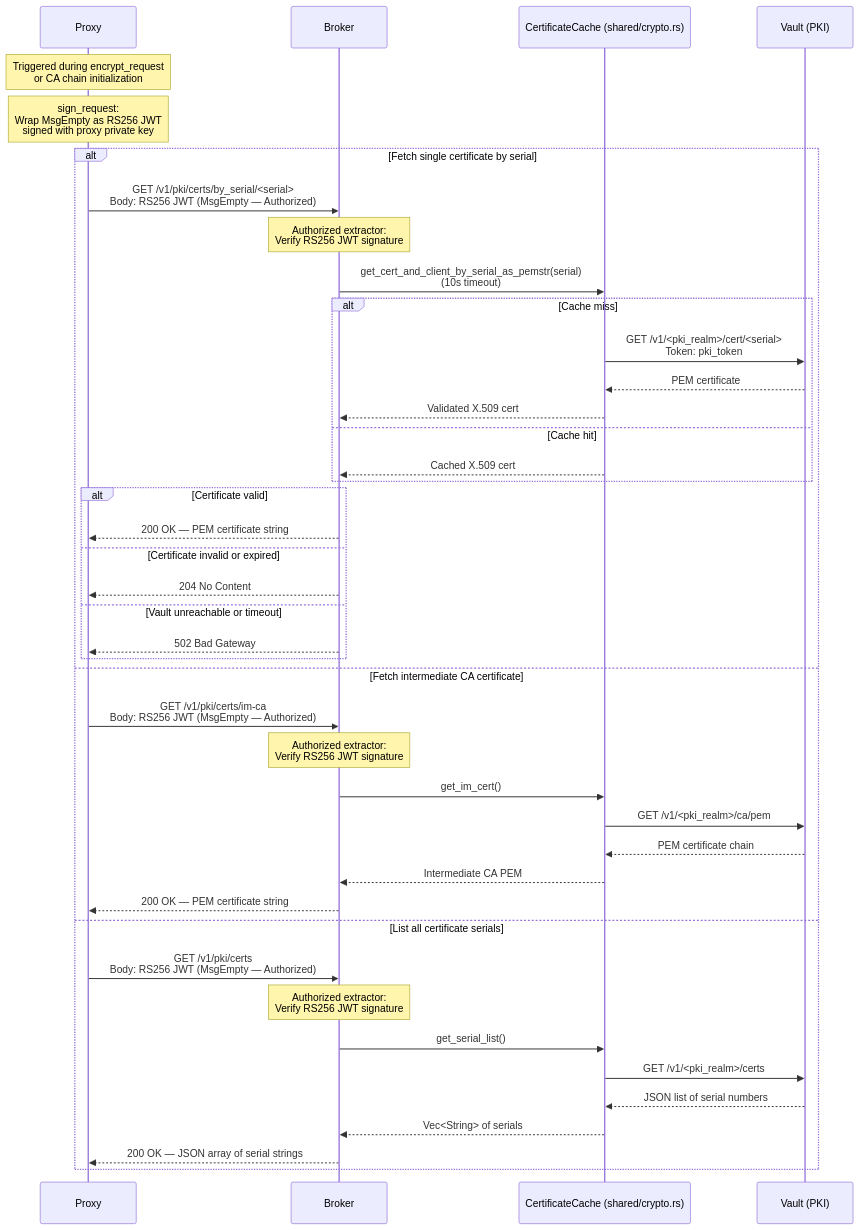
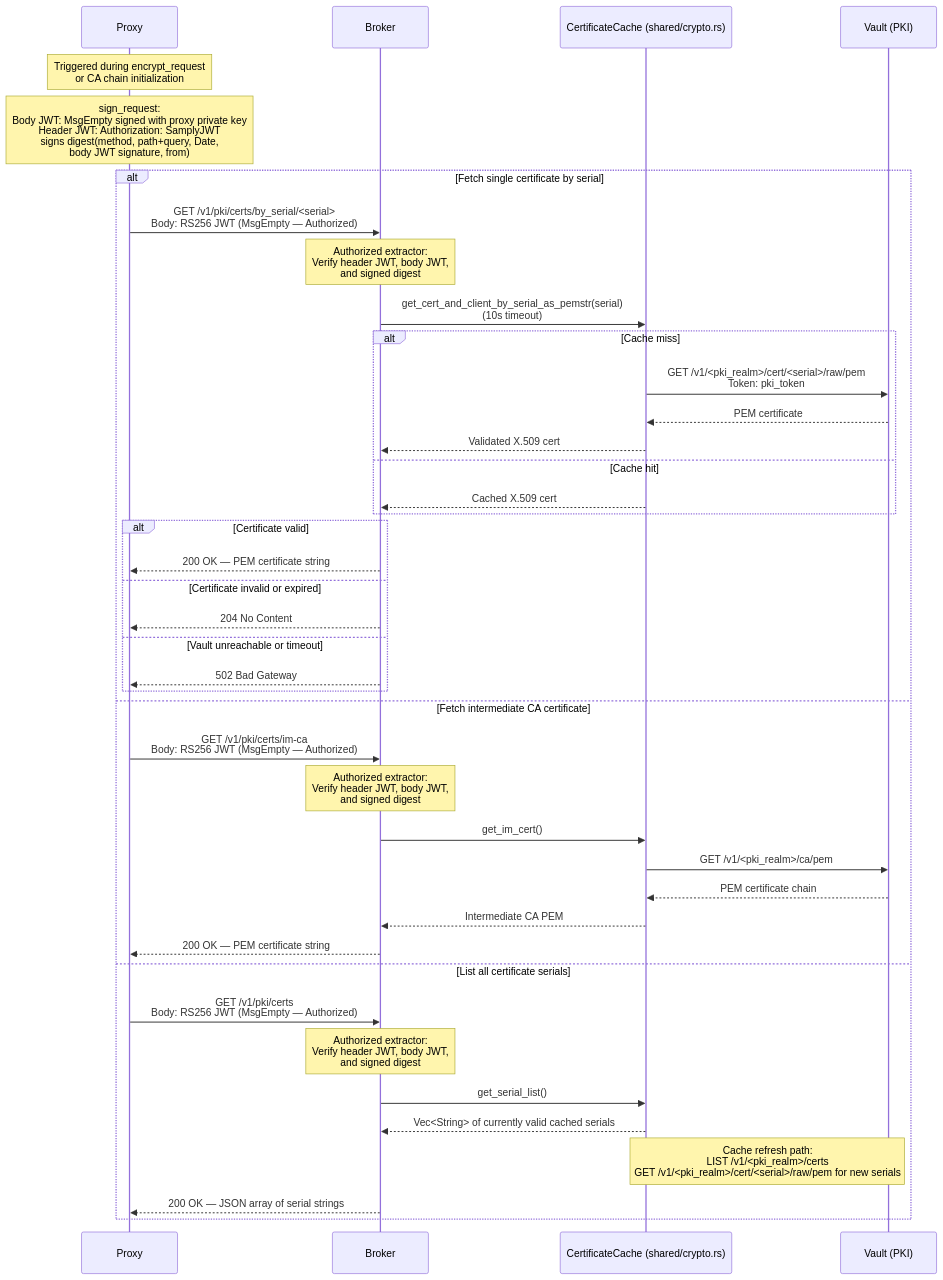
The third of 12 diagrams in DATAFLOWS.md (samply/beam), drawn with Mermaid before and after one commit. The commit also changed other lines of this file, not shown here.

Commit message:
Updated data flows document

````diff
--- a/DATAFLOWS.md
+++ b/DATAFLOWS.md
@@ -140,49 +142,48 @@
 ```mermaid
 sequenceDiagram
     participant Proxy
     participant Broker
     participant Cache as CertificateCache (shared/crypto.rs)
     participant Vault as Vault (PKI)
 
     note over Proxy: Triggered during encrypt_request<br/>or CA chain initialization
 
-    note over Proxy: sign_request:<br/>Wrap MsgEmpty as RS256 JWT<br/>signed with proxy private key
+    note over Proxy: sign_request:<br/>Body JWT: MsgEmpty signed with proxy private key<br/>Header JWT: Authorization: SamplyJWT<br/>signs digest(method, path+query, Date,<br/>body JWT signature, from)
 
     alt Fetch single certificate by serial
         Proxy->>Broker: GET /v1/pki/certs/by_serial/<serial><br/>Body: RS256 JWT (MsgEmpty — Authorized)
-        note over Broker: Authorized extractor:<br/>Verify RS256 JWT signature
+        note over Broker: Authorized extractor:<br/>Verify header JWT, body JWT,<br/>and signed digest
         Broker->>Cache: get_cert_and_client_by_serial_as_pemstr(serial)<br/>(10s timeout)
         alt Cache miss
-            Cache->>Vault: GET /v1/<pki_realm>/cert/<serial><br/>Token: pki_token
+            Cache->>Vault: GET /v1/<pki_realm>/cert/<serial>/raw/pem<br/>Token: pki_token
             Vault-->>Cache: PEM certificate
             Cache-->>Broker: Validated X.509 cert
         else Cache hit
             Cache-->>Broker: Cached X.509 cert
         end
         alt Certificate valid
             Broker-->>Proxy: 200 OK — PEM certificate string
         else Certificate invalid or expired
             Broker-->>Proxy: 204 No Content
         else Vault unreachable or timeout
             Broker-->>Proxy: 502 Bad Gateway
         end
 
     else Fetch intermediate CA certificate
         Proxy->>Broker: GET /v1/pki/certs/im-ca<br/>Body: RS256 JWT (MsgEmpty — Authorized)
-        note over Broker: Authorized extractor:<br/>Verify RS256 JWT signature
+        note over Broker: Authorized extractor:<br/>Verify header JWT, body JWT,<br/>and signed digest
         Broker->>Cache: get_im_cert()
         Cache->>Vault: GET /v1/<pki_realm>/ca/pem
         Vault-->>Cache: PEM certificate chain
         Cache-->>Broker: Intermediate CA PEM
         Broker-->>Proxy: 200 OK — PEM certificate string
 
     else List all certificate serials
         Proxy->>Broker: GET /v1/pki/certs<br/>Body: RS256 JWT (MsgEmpty — Authorized)
-        note over Broker: Authorized extractor:<br/>Verify RS256 JWT signature
+        note over Broker: Authorized extractor:<br/>Verify header JWT, body JWT,<br/>and signed digest
         Broker->>Cache: get_serial_list()
-        Cache->>Vault: GET /v1/<pki_realm>/certs
-        Vault-->>Cache: JSON list of serial numbers
-        Cache-->>Broker: Vec<String> of serials
+        Cache-->>Broker: Vec<String> of currently valid cached serials
+        note over Cache,Vault: Cache refresh path:<br/>LIST /v1/<pki_realm>/certs<br/>GET /v1/<pki_realm>/cert/<serial>/raw/pem for new serials
         Broker-->>Proxy: 200 OK — JSON array of serial strings
     end
 ```
````
